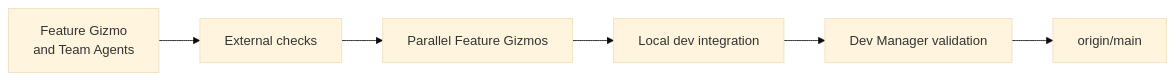
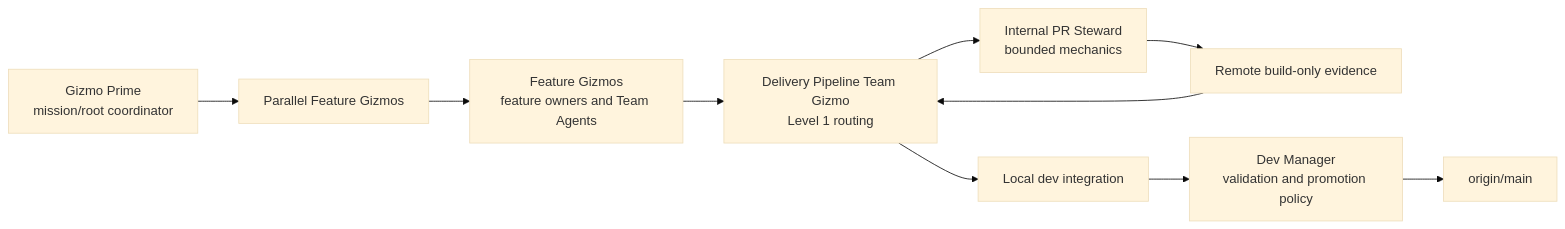
The second of 12 diagrams in .cortex/gizmo/architecture/multiagent-delivery-diagrams.md (meta-secret/nook), drawn with Mermaid (base theme) before and after one commit. The commit also changed other lines of this file and 14 other files, not shown here.

Commit message:
docs: formalize delivery pipeline routing

````diff
--- a/.cortex/gizmo/architecture/multiagent-delivery-diagrams.md
+++ b/.cortex/gizmo/architecture/multiagent-delivery-diagrams.md
@@ -36,11 +68,16 @@
 ```mermaid
 flowchart LR
-    Feature["Feature Gizmo<br/>and Team Agents"]
-    Checks["External checks"]
+    Prime["Gizmo Prime<br/>mission/root coordinator"]
+    Feature["Feature Gizmos<br/>feature owners and Team Agents"]
+    Pipeline["Delivery Pipeline Team Gizmo<br/>Level 1 routing"]
+    Steward["Internal PR Steward<br/>bounded mechanics"]
+    Checks["Remote build-only evidence"]
     Parallel["Parallel Feature Gizmos"]
     Dev["Local dev integration"]
-    Validation["Dev Manager validation"]
+    Validation["Dev Manager<br/>validation and promotion policy"]
     Main["origin/main"]
 
-    Feature --> Checks --> Parallel --> Dev --> Validation --> Main
+    Prime --> Parallel
+    Parallel --> Feature --> Pipeline --> Steward --> Checks
+    Checks --> Pipeline --> Dev --> Validation --> Main
 ```
````
